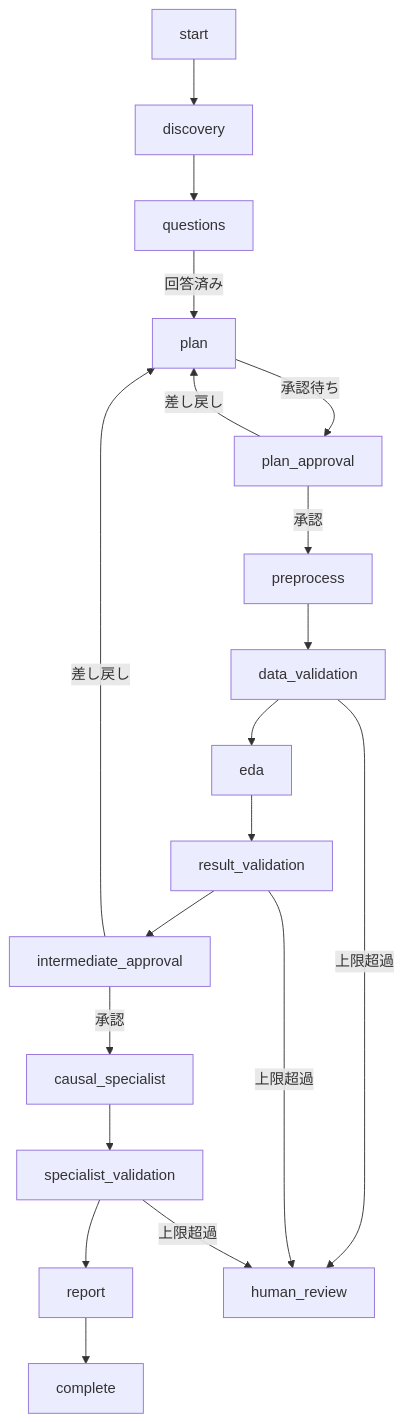
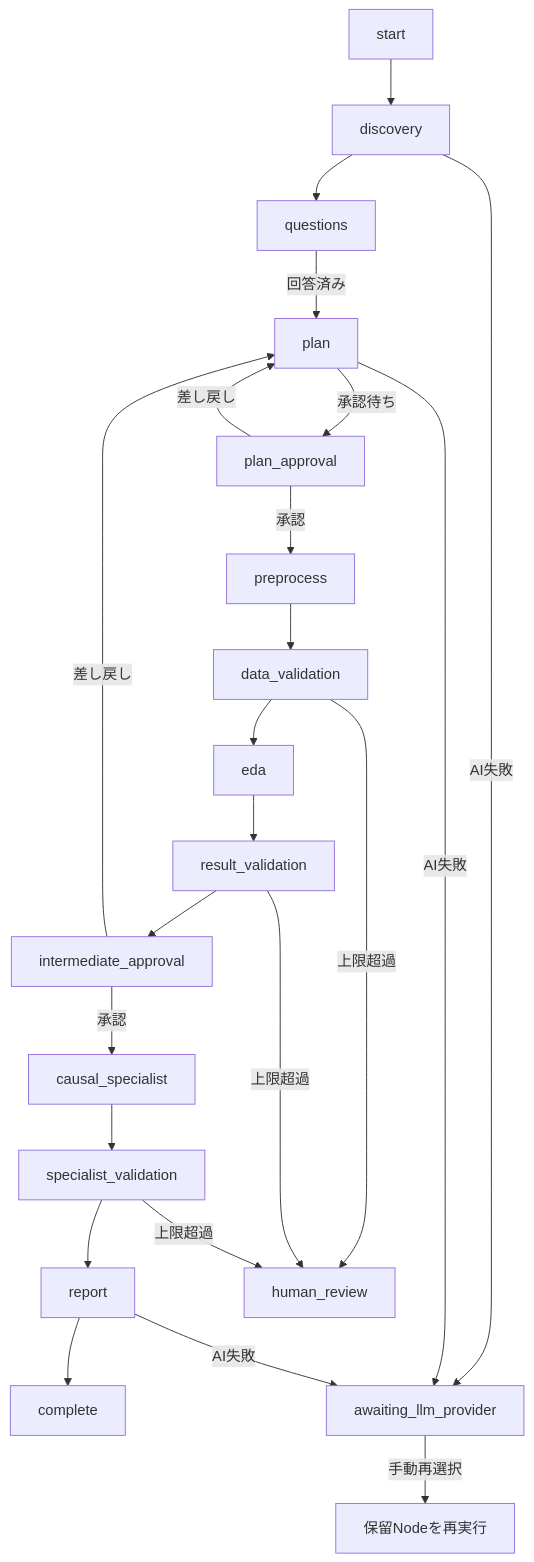
One commit to Tsuyo314/Adaptive_data_analysis_agent changed the diagram in DESIGN.md. Above: the diagram before and after it, drawn with Mermaid. The commit also changed other lines of this file and 24 other files, not shown here.

````diff
--- a/DESIGN.md
+++ b/DESIGN.md
@@ -9,21 +9,25 @@
 ```mermaid
 flowchart TB
   start --> discovery
   discovery --> questions
   questions -->|回答済み| plan
   plan -->|承認待ち| plan_approval
   plan_approval -->|承認| preprocess
   plan_approval -->|差し戻し| plan
   preprocess --> data_validation
   data_validation --> eda
   eda --> result_validation
   result_validation --> intermediate_approval
   intermediate_approval -->|承認| causal_specialist
   intermediate_approval -->|差し戻し| plan
   causal_specialist --> specialist_validation
   specialist_validation --> report
   report --> complete
+  discovery -->|AI失敗| awaiting_llm_provider
+  plan -->|AI失敗| awaiting_llm_provider
+  report -->|AI失敗| awaiting_llm_provider
+  awaiting_llm_provider -->|手動再選択| pending_node[保留Nodeを再実行]
   data_validation -->|上限超過| human_review
   result_validation -->|上限超過| human_review
   specialist_validation -->|上限超過| human_review
 ```
````
